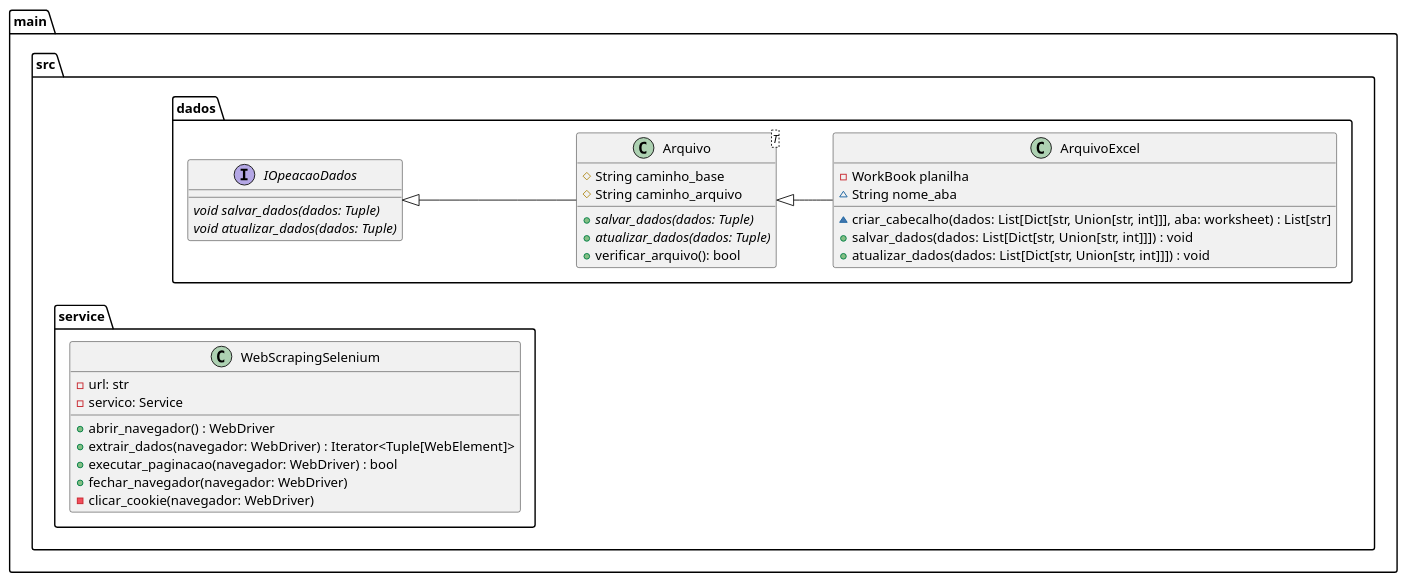
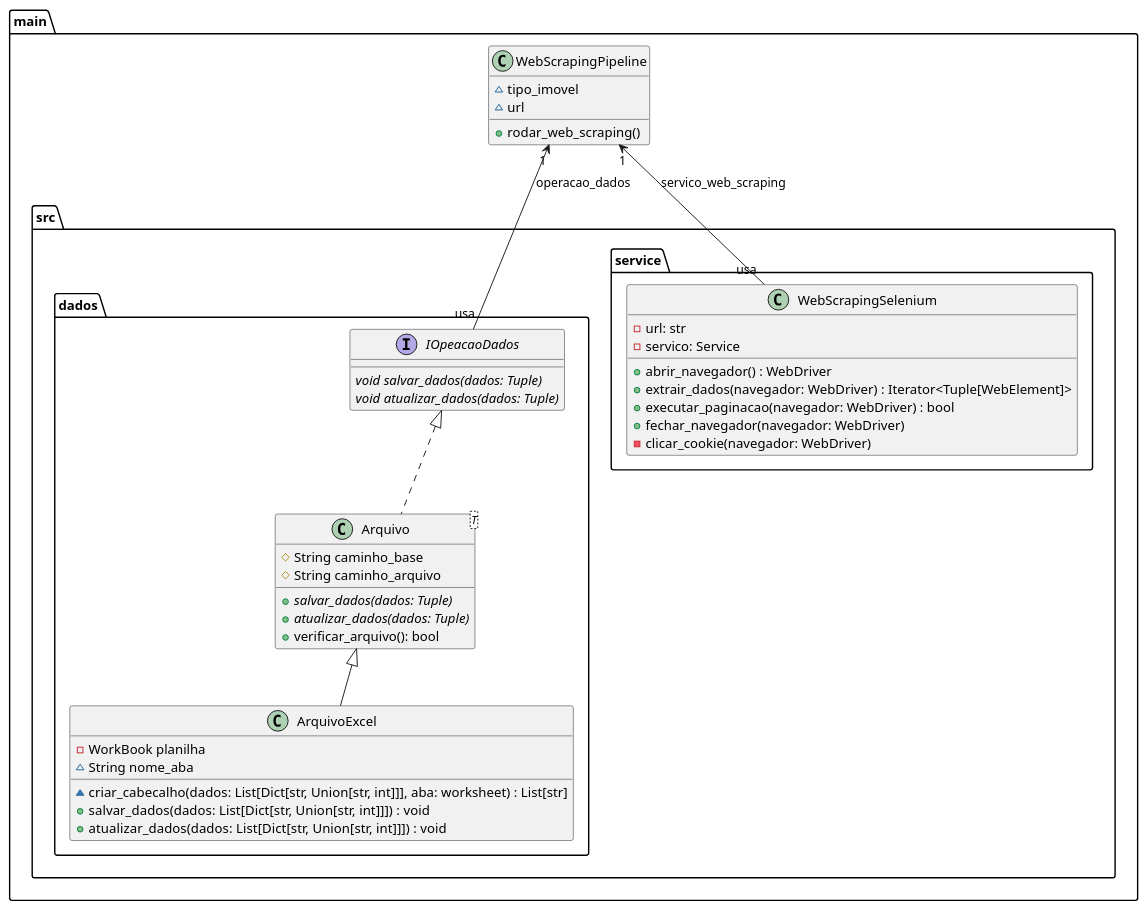
One commit to rodrigorocha1/web_scraping_casas changed the diagram in teste.plantuml. Above: the diagram before and after it, drawn with PlantUML. The commit also changed 6 other files, not shown here.

```diff
--- a/teste.plantuml
+++ b/teste.plantuml
@@ -1,46 +1,59 @@
 @startuml
 
 package main {
-    left to right direction
+    
     package src {
+       
+
         package dados {
             interface IOpeacaoDados {
                 void {abstract} salvar_dados(dados: Tuple)
                 void {abstract} atualizar_dados(dados: Tuple)
             }
             class Arquivo<T> {
                 # String caminho_base
                 # String caminho_arquivo
                 {abstract} +salvar_dados(dados: Tuple)
                 {abstract} +atualizar_dados(dados: Tuple)
                 +verificar_arquivo(): bool
             }
             class ArquivoExcel {
                 - WorkBook planilha
                 ~ String nome_aba 
                 ~ criar_cabecalho(dados: List[Dict[str, Union[str, int]]], aba: worksheet) : List[str]
                 + salvar_dados(dados: List[Dict[str, Union[str, int]]]) : void
                 + atualizar_dados(dados: List[Dict[str, Union[str, int]]]) : void
             }
-            IOpeacaoDados <|-- Arquivo 
+            IOpeacaoDados <|.. Arquivo 
             Arquivo <|-- ArquivoExcel
 
         }
 
         package service {
             class WebScrapingSelenium {
                 - url: str
                 - servico: Service
                 + abrir_navegador() : WebDriver
                 + extrair_dados(navegador: WebDriver) : Iterator<Tuple[WebElement]>
                 + executar_paginacao(navegador: WebDriver) : bool
                 + fechar_navegador(navegador: WebDriver)
                 - clicar_cookie(navegador: WebDriver)
             }
 
         
         }
+        
+
+
     }
+    class WebScrapingPipeline {
+            ~ tipo_imovel
+            ~ url
+            + rodar_web_scraping()
+        }
+      
+        WebScrapingPipeline "1" <-- "usa" "WebScrapingSelenium" : servico_web_scraping 
+        WebScrapingPipeline "1" <-- "usa" "IOpeacaoDados" : operacao_dados
 }
 
 @enduml
```
